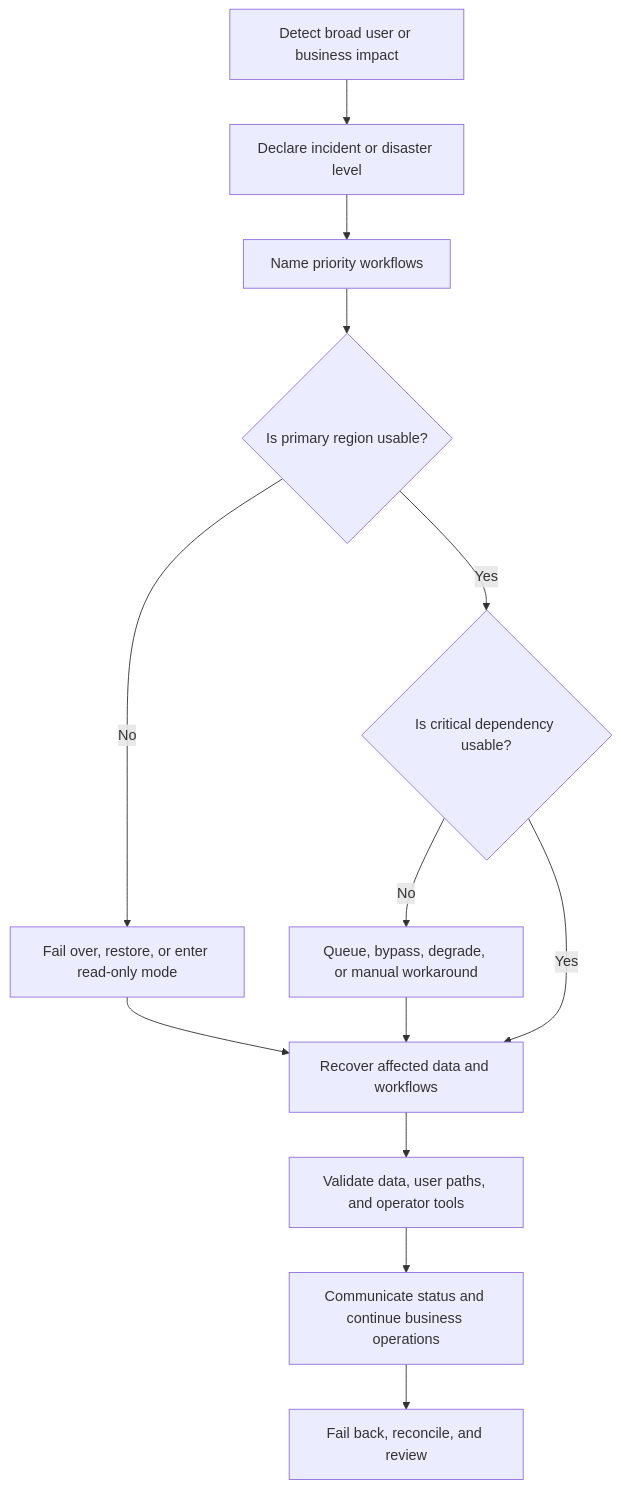
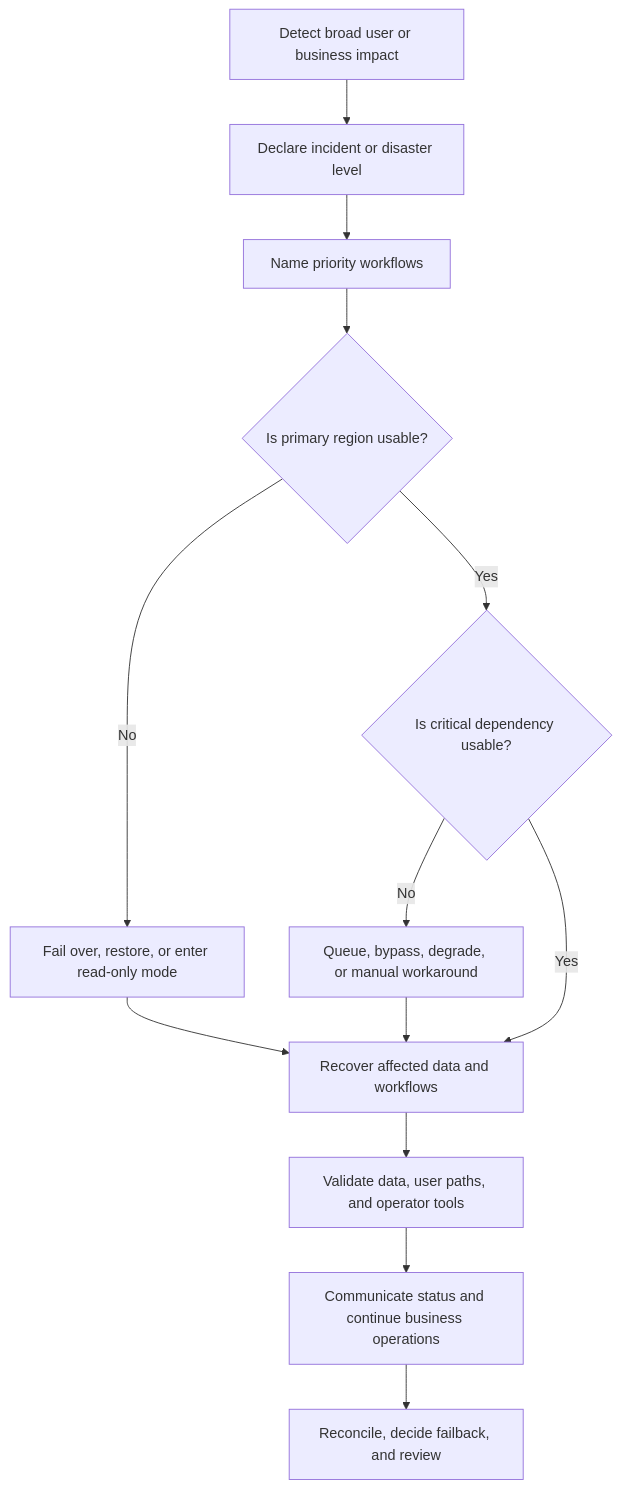
Before and after one commit to LeonSilva15/system-design: the diagram in docs/reliability/disaster-recovery.md, drawn with Mermaid.

Commit message:
docs(reliability): SDC-E08-T11 clarify failback flow

````diff
--- a/docs/reliability/disaster-recovery.md
+++ b/docs/reliability/disaster-recovery.md
@@ -67,15 +67,15 @@
 ```mermaid
 flowchart TD
     A[Detect broad user or business impact] --> B[Declare incident or disaster level]
     B --> C[Name priority workflows]
     C --> D{Is primary region usable?}
     D -->|No| E[Fail over, restore, or enter read-only mode]
     D -->|Yes| F{Is critical dependency usable?}
     F -->|No| G[Queue, bypass, degrade, or manual workaround]
     F -->|Yes| H[Recover affected data and workflows]
     E --> H
     G --> H
     H --> I[Validate data, user paths, and operator tools]
     I --> J[Communicate status and continue business operations]
-    J --> K[Fail back, reconcile, and review]
+    J --> K[Reconcile, decide failback, and review]
 ```
````
